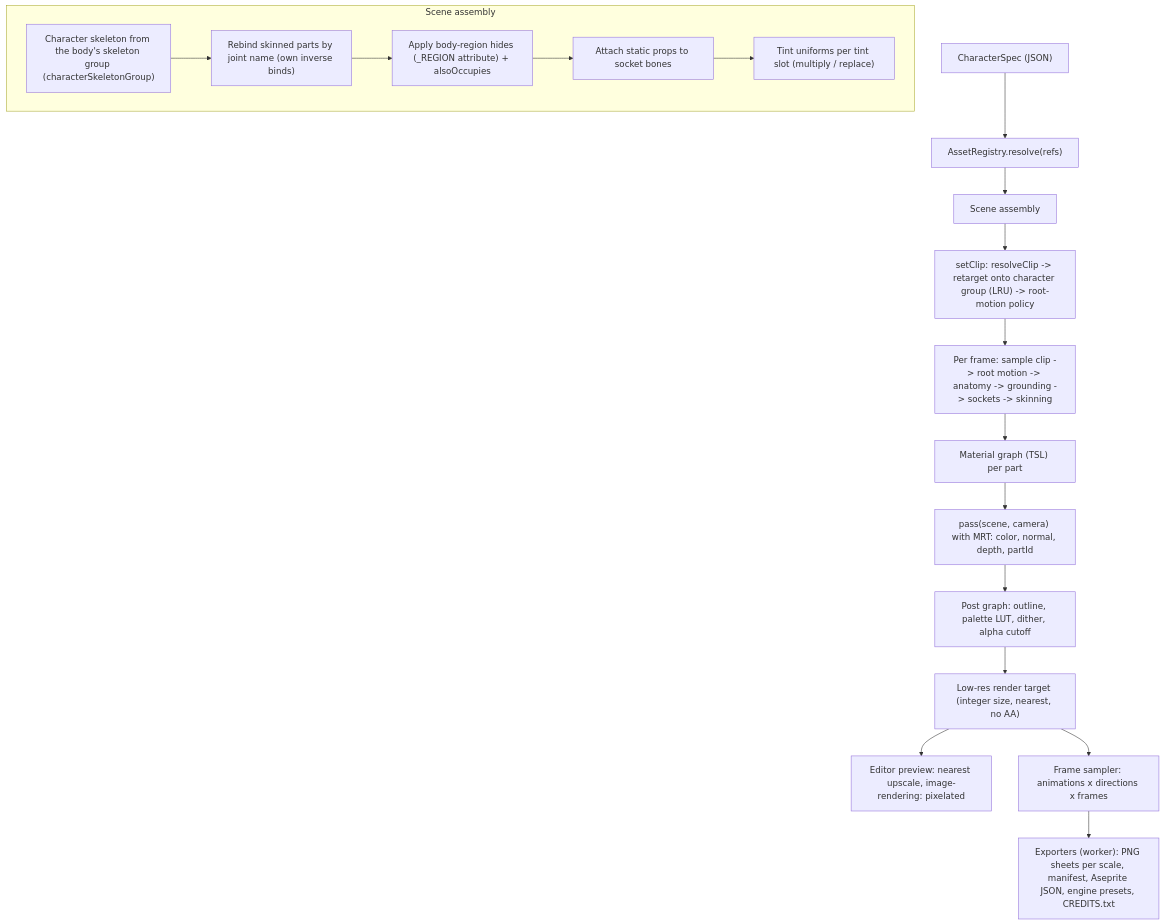
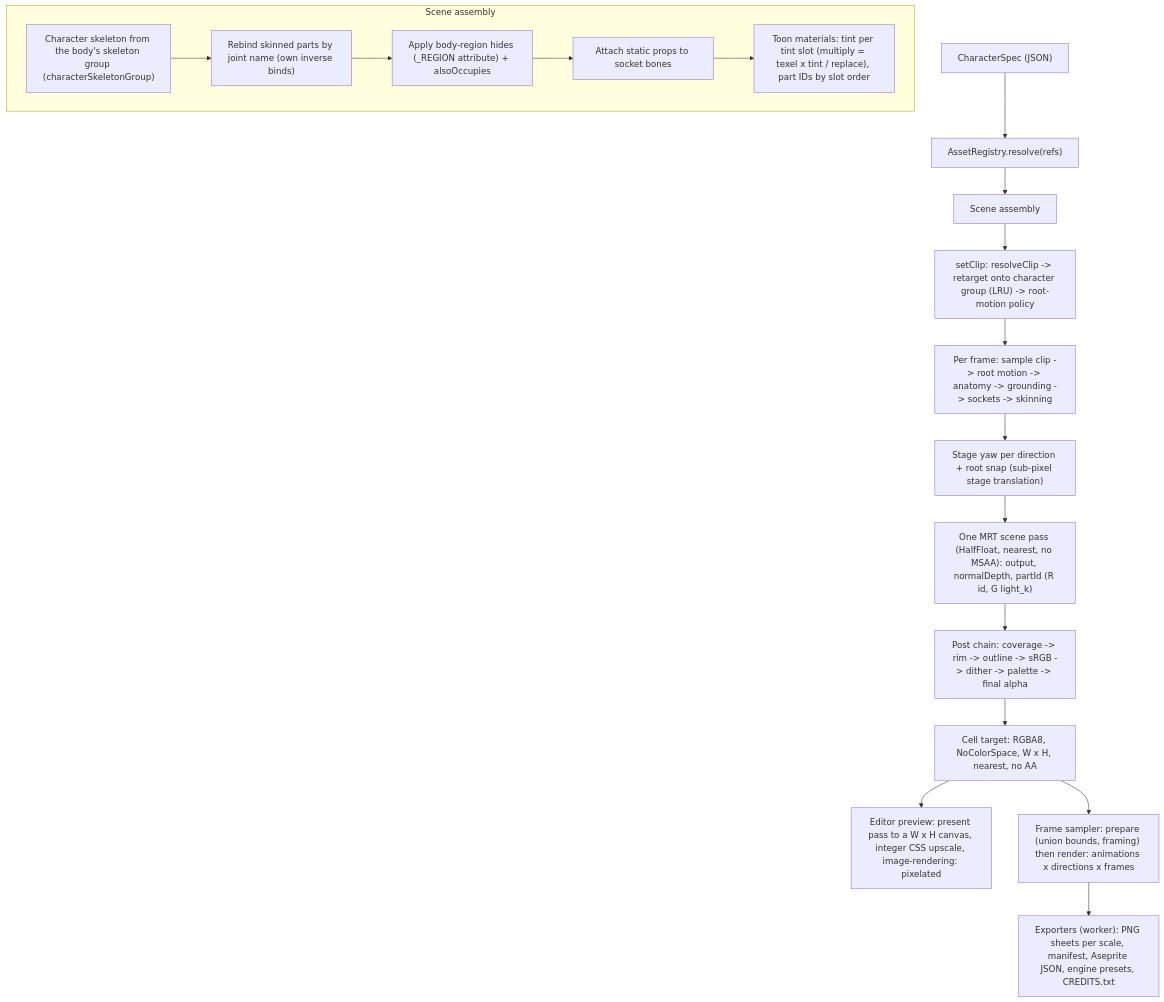
Before and after one commit to ilomon10/csg: the second of 3 diagrams in docs/architecture.md, drawn with Mermaid. The commit also changed other lines of this file and 68 other files, not shown here.

````diff
--- a/docs/architecture.md
+++ b/docs/architecture.md
@@ -115,20 +120,20 @@
 ```mermaid
 flowchart TD
   spec["CharacterSpec (JSON)"] --> resolve["AssetRegistry.resolve(refs)"]
   resolve --> assemble["Scene assembly"]
   subgraph assemble_detail [Scene assembly]
     rig["Character skeleton from the body's skeleton group (characterSkeletonGroup)"] --> rebind["Rebind skinned parts by joint name (own inverse binds)"]
     rebind --> hides["Apply body-region hides (_REGION attribute) + alsoOccupies"]
     hides --> props["Attach static props to socket bones"]
-    props --> tints["Tint uniforms per tint slot (multiply / replace)"]
+    props --> tints["Toon materials: tint per tint slot (multiply = texel x tint / replace), part IDs by slot order"]
   end
   assemble --> clip["setClip: resolveClip -> retarget onto character group (LRU) -> root-motion policy"]
   clip --> pose["Per frame: sample clip -> root motion -> anatomy -> grounding -> sockets -> skinning"]
-  pose --> mat["Material graph (TSL) per part"]
-  mat --> pass["pass(scene, camera) with MRT: color, normal, depth, partId"]
-  pass --> post["Post graph: outline, palette LUT, dither, alpha cutoff"]
-  post --> rt["Low-res render target (integer size, nearest, no AA)"]
-  rt --> preview["Editor preview: nearest upscale, image-rendering: pixelated"]
-  rt --> sampler["Frame sampler: animations x directions x frames"]
+  pose --> stage["Stage yaw per direction + root snap (sub-pixel stage translation)"]
+  stage --> pass["One MRT scene pass (HalfFloat, nearest, no MSAA): output, normalDepth, partId (R id, G light_k)"]
+  pass --> post["Post chain: coverage -> rim -> outline -> sRGB -> dither -> palette -> final alpha"]
+  post --> rt["Cell target: RGBA8, NoColorSpace, W x H, nearest, no AA"]
+  rt --> preview["Editor preview: present pass to a W x H canvas, integer CSS upscale, image-rendering: pixelated"]
+  rt --> sampler["Frame sampler: prepare (union bounds, framing) then render: animations x directions x frames"]
   sampler --> exporters["Exporters (worker): PNG sheets per scale, manifest, Aseprite JSON, engine presets, CREDITS.txt"]
 ```
````
